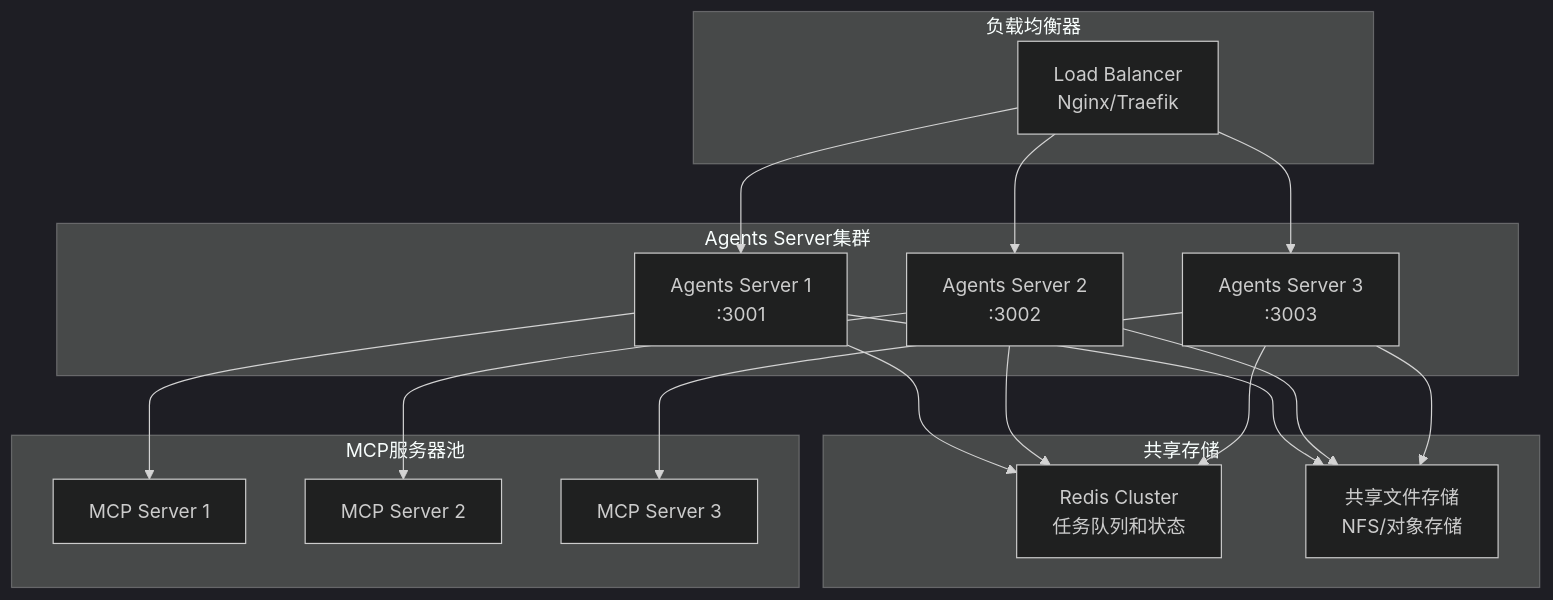
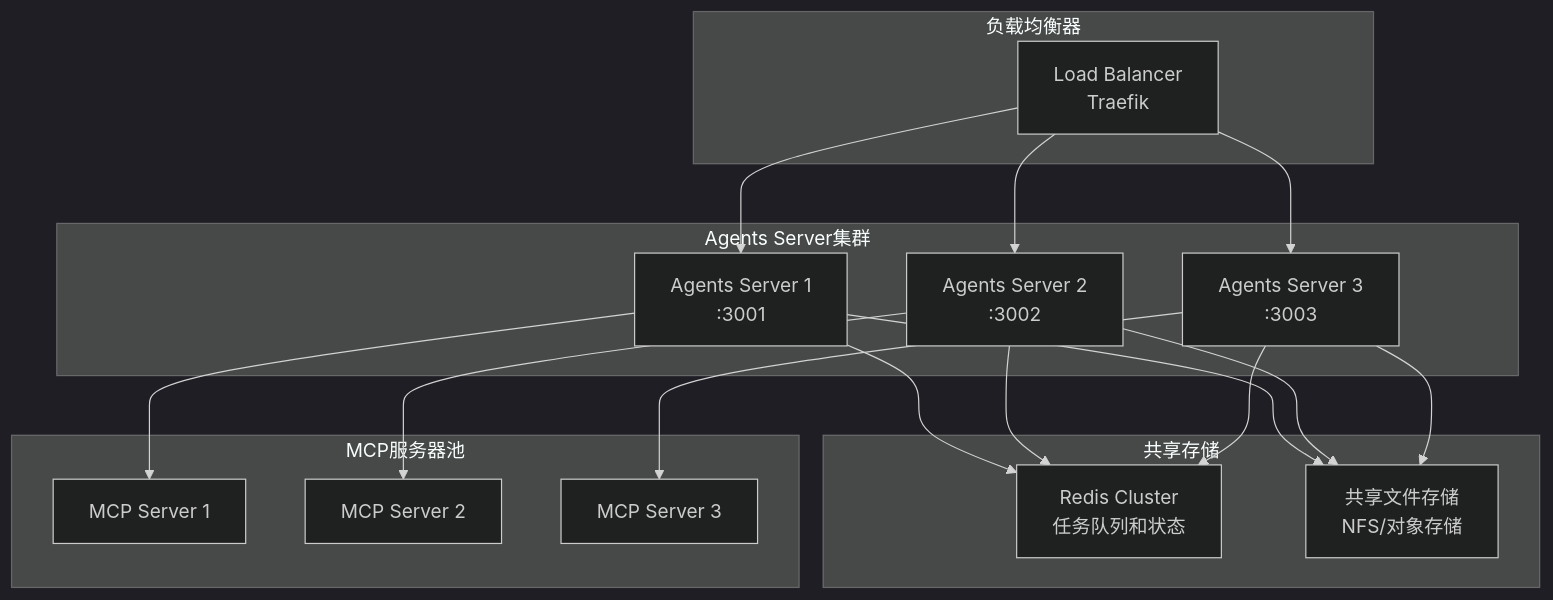
Before and after one commit to lighthought/app-maker: diagram 16 of 17 in agents/design/ARCHITECTURE_FUTURE.md, drawn with Mermaid (dark theme). The commit also changed 18 other files, not shown here.

````diff
--- a/agents/design/ARCHITECTURE_FUTURE.md
+++ b/agents/design/ARCHITECTURE_FUTURE.md
@@ -851,39 +851,39 @@
 ```mermaid
 graph TB
     subgraph "负载均衡器"
-        LB[Load Balancer<br/>Nginx/Traefik]
+        LB[Load Balancer<br/>Traefik]
     end
     
     subgraph "Agents Server集群"
         AS1[Agents Server 1<br/>:3001]
         AS2[Agents Server 2<br/>:3002]
         AS3[Agents Server 3<br/>:3003]
     end
     
     subgraph "共享存储"
         Redis[Redis Cluster<br/>任务队列和状态]
         FileStorage[共享文件存储<br/>NFS/对象存储]
     end
     
     subgraph "MCP服务器池"
         MCPServer1[MCP Server 1]
         MCPServer2[MCP Server 2]
         MCPServer3[MCP Server 3]
     end
     
     LB --> AS1
     LB --> AS2
     LB --> AS3
     
     AS1 --> Redis
     AS2 --> Redis
     AS3 --> Redis
     
     AS1 --> FileStorage
     AS2 --> FileStorage
     AS3 --> FileStorage
     
     AS1 --> MCPServer1
     AS2 --> MCPServer2
     AS3 --> MCPServer3
 ```
````
